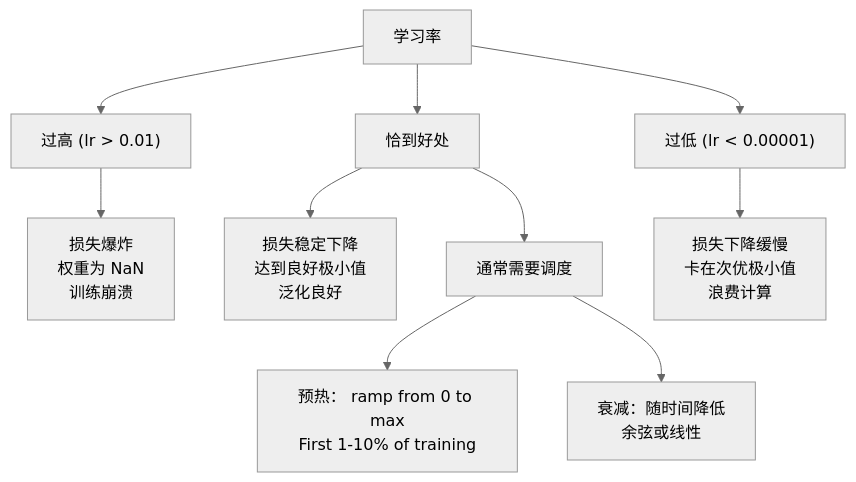
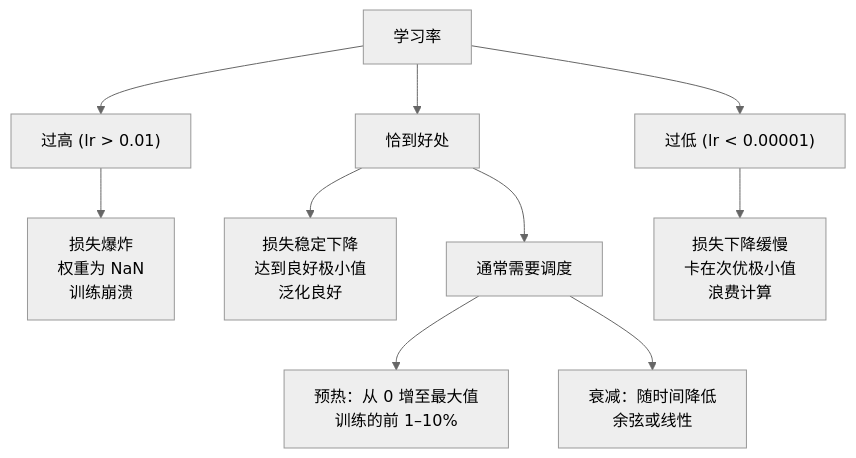
Before and after one commit to huangyue12120/Learning-Atlas: the first of 3 diagrams in content/translations/practice/03-deep-learning-core/06-optimizers/zh.md, drawn with Mermaid (neutral theme). The commit also changed other lines of this file and 24 other files, not shown here.

Commit message:
fix(reader): localize Mermaid in source content

````diff
--- a/content/translations/practice/03-deep-learning-core/06-optimizers/zh.md
+++ b/content/translations/practice/03-deep-learning-core/06-optimizers/zh.md
@@ -108,14 +108,14 @@
 ```mermaid
 graph TD
     LR["学习率"] --> TooHigh["过高 (lr > 0.01)"]
     LR --> JustRight["恰到好处"]
     LR --> TooLow["过低 (lr < 0.00001)"]
 
     TooHigh --> Diverge["损失爆炸<br/>权重为 NaN<br/>训练崩溃"]
     JustRight --> Converge["损失稳定下降<br/>达到良好极小值<br/>泛化良好"]
     TooLow --> Stall["损失下降缓慢<br/>卡在次优极小值<br/>浪费计算"]
 
     JustRight --> Schedule["通常需要调度"]
-    Schedule --> Warmup["预热： ramp from 0 to max<br/>First 1-10% of training"]
+    Schedule --> Warmup["预热：从 0 增至最大值<br/>训练的前 1–10%"]
     Schedule --> Decay["衰减：随时间降低<br/>余弦或线性"]
 ```
````
